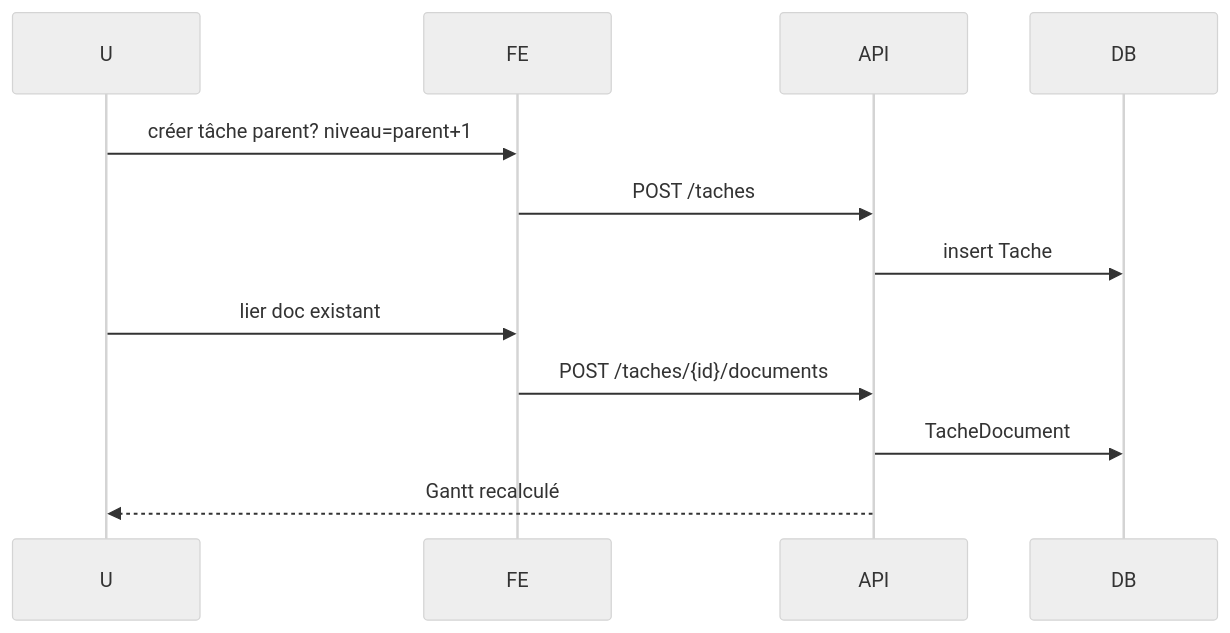
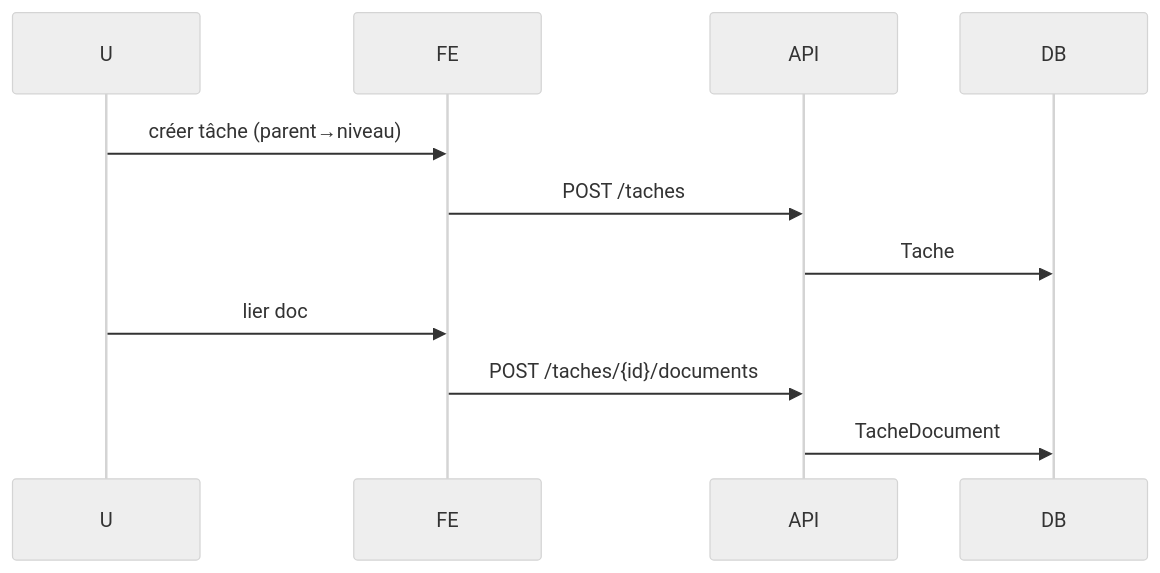
The sixth of 7 diagrams in docs/REFONTE_PMO_EPC_OVERVIEW.md (gedservices/pmo_epc), drawn with Mermaid (neutral theme) before and after one commit. The commit also changed other lines of this file and 6 other files, not shown here.

````diff
--- a/docs/REFONTE_PMO_EPC_OVERVIEW.md
+++ b/docs/REFONTE_PMO_EPC_OVERVIEW.md
@@ -133,14 +112,13 @@
 ```mermaid
 sequenceDiagram
   participant U
   participant FE
   participant API
   participant DB
-  U->>FE: créer tâche parent? niveau=parent+1
+  U->>FE: créer tâche (parent→niveau)
   FE->>API: POST /taches
-  API->>DB: insert Tache
-  U->>FE: lier doc existant
+  API->>DB: Tache
+  U->>FE: lier doc
   FE->>API: POST /taches/{id}/documents
   API->>DB: TacheDocument
-  API-->>U: Gantt recalculé
 ```
````
